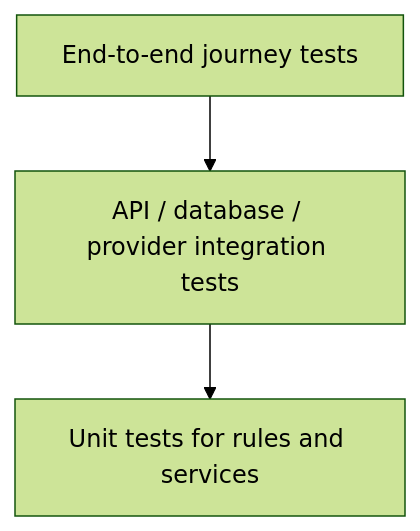
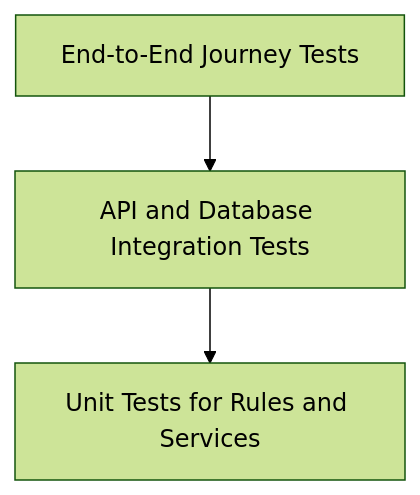
The diagram in docs/TESTING.md (jaswanth5021/UbhayaFashions), drawn with Mermaid (forest theme) before and after one commit. The commit also changed other lines of this file, not shown here.

````diff
--- a/docs/TESTING.md
+++ b/docs/TESTING.md
@@ -14,7 +32,7 @@
 ```mermaid
 flowchart TD
-    E2E[End-to-end journey tests]
-    INT[API / database / provider integration tests]
-    UNIT[Unit tests for rules and services]
-    E2E --> INT --> UNIT
+ E2E[End-to-End Journey Tests]
+ INT[API and Database Integration Tests]
+ UNIT[Unit Tests for Rules and Services]
+ E2E --> INT --> UNIT
 ```
````
